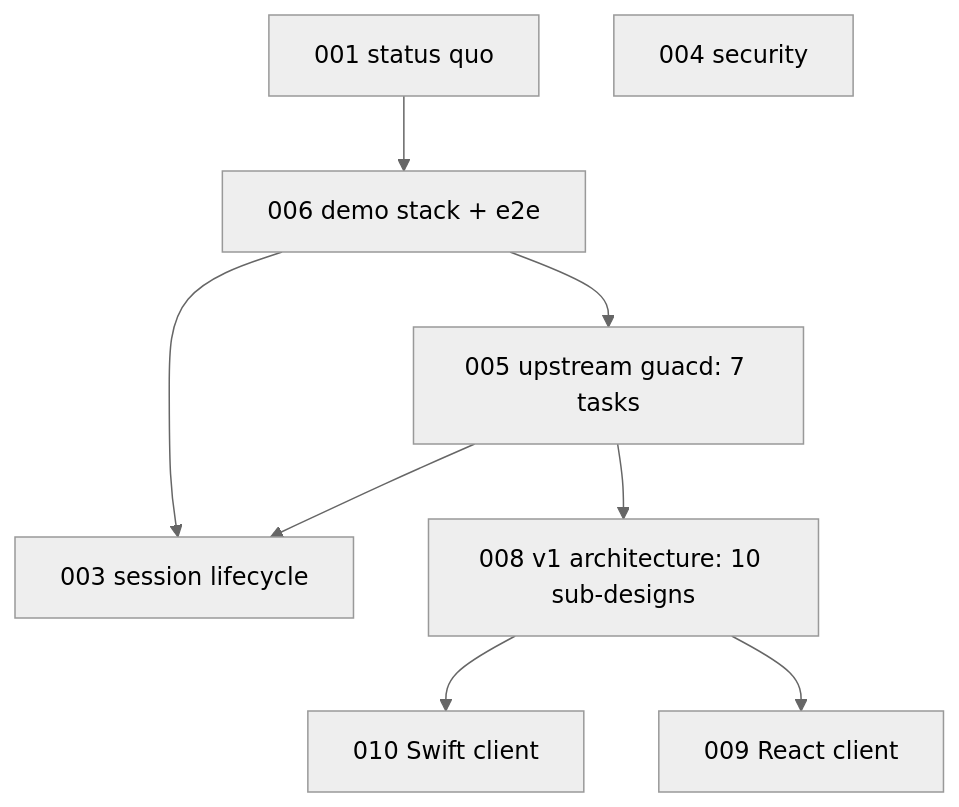
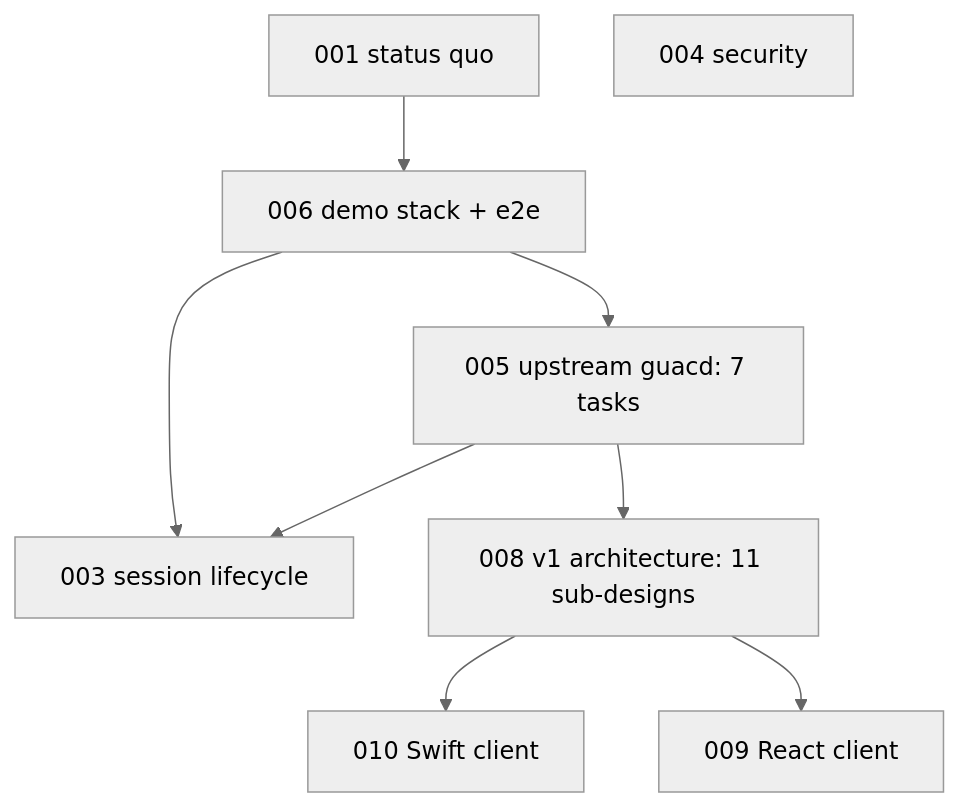
One commit to changkun/occamy changed the diagram in specs/README.md. Above: the diagram before and after it, drawn with Mermaid (neutral theme). The commit also changed other lines of this file and 7 other files, not shown here.

````diff
--- a/specs/README.md
+++ b/specs/README.md
@@ -87,11 +87,11 @@
 ```mermaid
 flowchart TD
   s001[001 status quo] --> s006[006 demo stack + e2e]
   s006 --> s005[005 upstream guacd: 7 tasks]
   s006 --> s003[003 session lifecycle]
   s005 --> s003
-  s005 --> s008[008 v1 architecture: 10 sub-designs]
+  s005 --> s008[008 v1 architecture: 11 sub-designs]
   s008 --> s010[010 Swift client]
   s008 --> s009[009 React client]
   s004[004 security]
 ```
````
